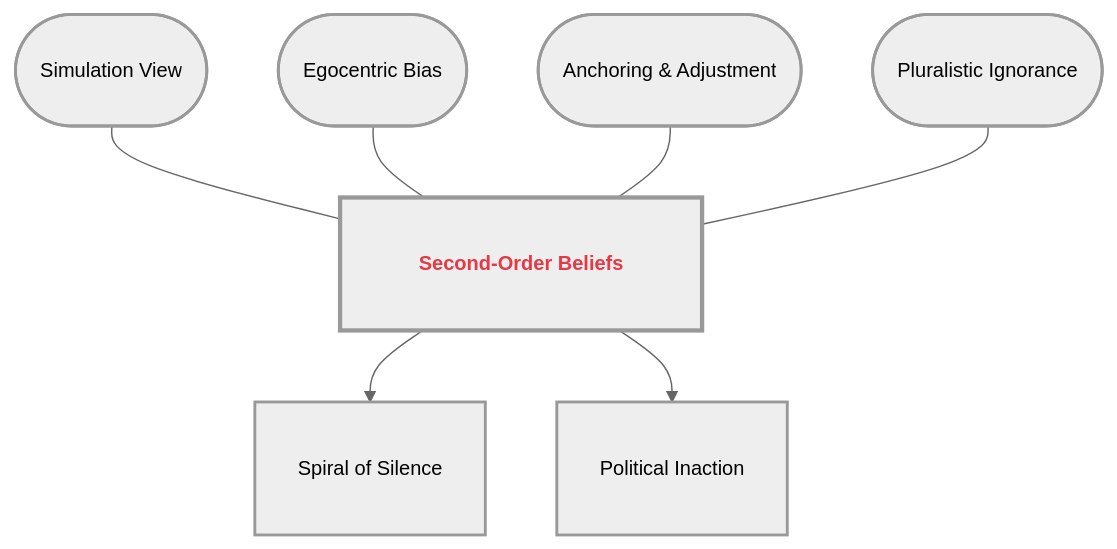
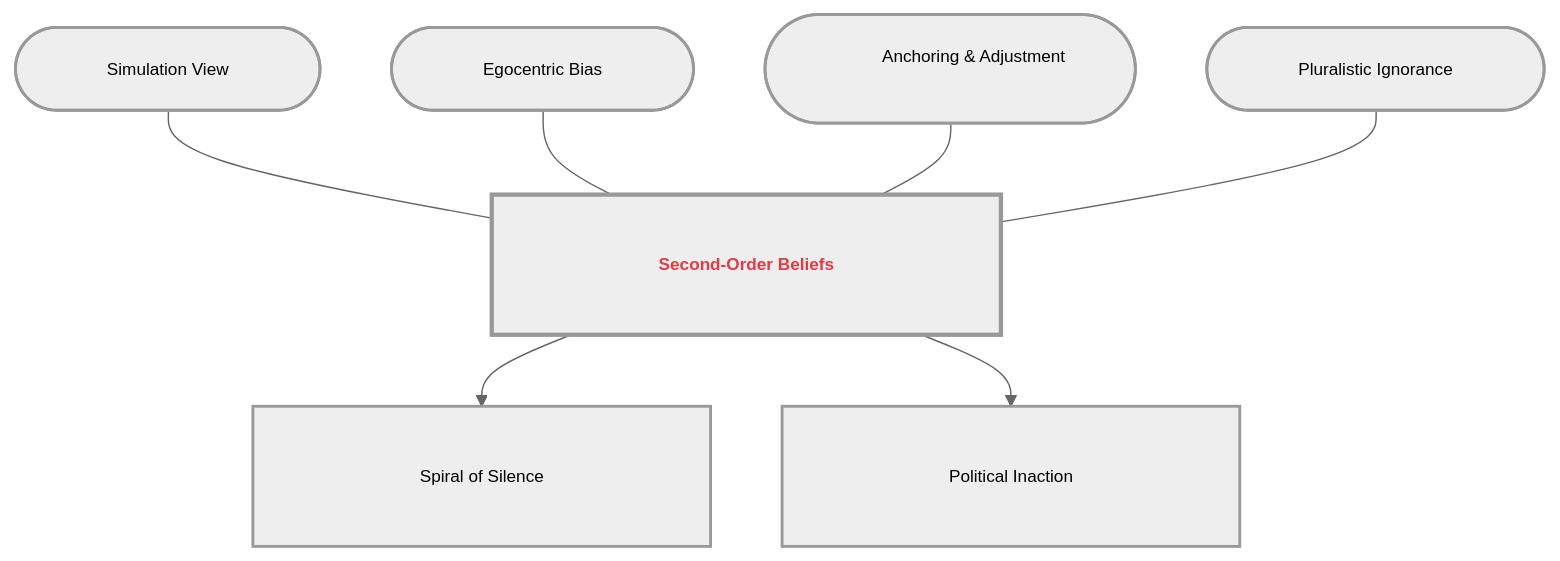
Before and after one commit to GM024/CourseSummaries: the second of 8 diagrams in Communication_Influence/Mastery_Guide_SOW_BS033.md, drawn with Mermaid. The commit also changed other lines of this file, not shown here.

Commit message:
GitHub-Hardened Overhaul: 10-space horizontal buffers and 40px global padding to fix text clipping

````diff
--- a/Communication_Influence/Mastery_Guide_SOW_BS033.md
+++ b/Communication_Influence/Mastery_Guide_SOW_BS033.md
@@ -68,16 +68,16 @@
 ```mermaid
-%%{init: { 'flowchart': { 'useMaxWidth': false, 'htmlLabels': true }, 'theme': 'neutral', 'themeVariables': { 'fontSize': '14px' }}}%%
+%%{init: { 'flowchart': { 'padding': 40, 'useMaxWidth': false, 'htmlLabels': true }, 'theme': 'neutral', 'themeVariables': { 'fontSize': '12px' }}}%%
 graph TD
-    classDef sandbox padding-left:20px,padding-right:20px,padding-top:10px,padding-bottom:10px,stroke-width:2px;
-    classDef hub padding-left:25px,padding-right:25px,padding-top:15px,padding-bottom:15px,stroke-width:3px,font-weight:bold;
+    classDef sandbox stroke-width:2px;
+    classDef hub stroke-width:3px,font-weight:bold;
 
-    Hub["<span style='color:#e63946'><b>Second-Order Beliefs</b></span>"]:::hub
+    Hub["&nbsp;&nbsp;&nbsp;&nbsp;&nbsp;&nbsp;&nbsp;&nbsp;&nbsp;&nbsp; <span style='color:#e63946'><b>Second-Order Beliefs</b></span> &nbsp;&nbsp;&nbsp;&nbsp;&nbsp;&nbsp;&nbsp;&nbsp;&nbsp;&nbsp;"]:::hub
     
-    S1(["Simulation View"]):::sandbox --- Hub
-    S2(["Egocentric Bias"]):::sandbox --- Hub
-    S3(["Anchoring & Adjustment"]):::sandbox --- Hub
-    S4(["Pluralistic Ignorance"]):::sandbox --- Hub
+    S1(["&nbsp;&nbsp;&nbsp;&nbsp;&nbsp;&nbsp;&nbsp;&nbsp;&nbsp;&nbsp; Simulation View &nbsp;&nbsp;&nbsp;&nbsp;&nbsp;&nbsp;&nbsp;&nbsp;&nbsp;&nbsp;"]):::sandbox --- Hub
+    S2(["&nbsp;&nbsp;&nbsp;&nbsp;&nbsp;&nbsp;&nbsp;&nbsp;&nbsp;&nbsp; Egocentric Bias &nbsp;&nbsp;&nbsp;&nbsp;&nbsp;&nbsp;&nbsp;&nbsp;&nbsp;&nbsp;"]):::sandbox --- Hub
+    S3(["&nbsp;&nbsp;&nbsp;&nbsp;&nbsp;&nbsp;&nbsp;&nbsp;&nbsp;&nbsp; Anchoring & Adjustment &nbsp;&nbsp;&nbsp;&nbsp;&nbsp;&nbsp;&nbsp;&nbsp;&nbsp;&nbsp;"]):::sandbox --- Hub
+    S4(["&nbsp;&nbsp;&nbsp;&nbsp;&nbsp;&nbsp;&nbsp;&nbsp;&nbsp;&nbsp; Pluralistic Ignorance &nbsp;&nbsp;&nbsp;&nbsp;&nbsp;&nbsp;&nbsp;&nbsp;&nbsp;&nbsp;"]):::sandbox --- Hub
     
-    Hub --> B1["Spiral of Silence"]:::sandbox
-    Hub --> B2["Political Inaction"]:::sandbox
+    Hub --> B1["&nbsp;&nbsp;&nbsp;&nbsp;&nbsp;&nbsp;&nbsp;&nbsp;&nbsp;&nbsp; Spiral of Silence &nbsp;&nbsp;&nbsp;&nbsp;&nbsp;&nbsp;&nbsp;&nbsp;&nbsp;&nbsp;"]:::sandbox
+    Hub --> B2["&nbsp;&nbsp;&nbsp;&nbsp;&nbsp;&nbsp;&nbsp;&nbsp;&nbsp;&nbsp; Political Inaction &nbsp;&nbsp;&nbsp;&nbsp;&nbsp;&nbsp;&nbsp;&nbsp;&nbsp;&nbsp;"]:::sandbox
 ```
````
